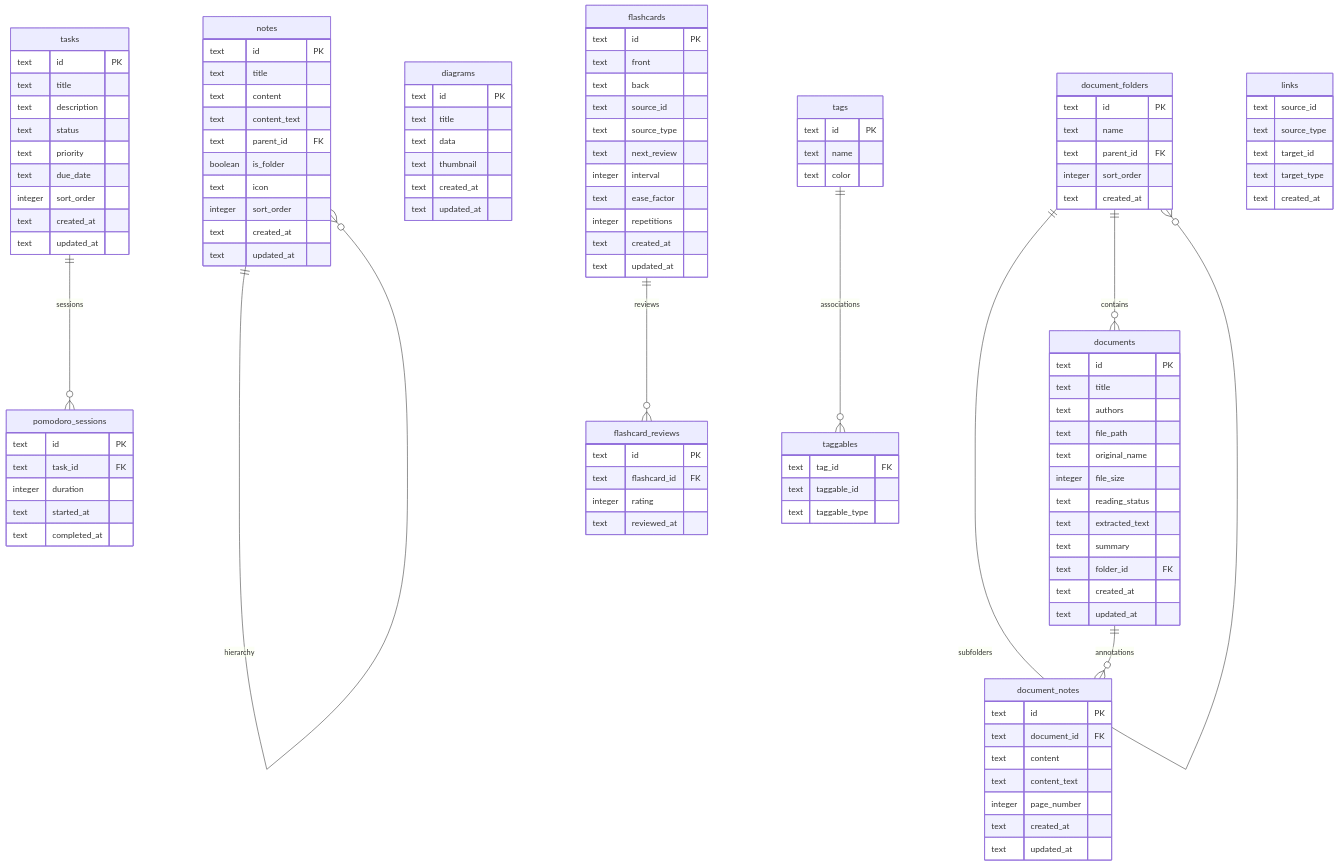
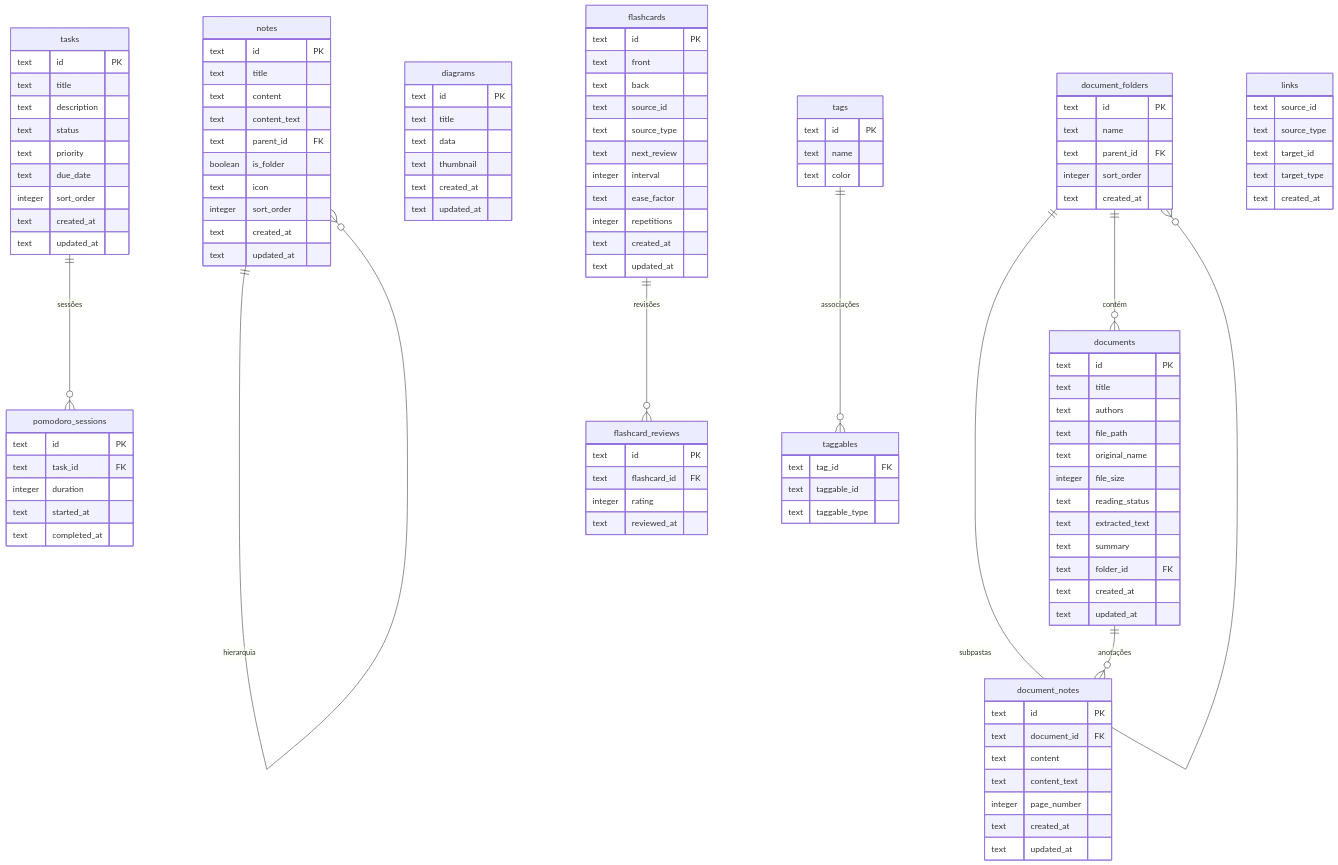
Before and after one commit to JoseJaan/Thoth: the third of 3 diagrams in README.md, drawn with Mermaid. The commit also changed other lines of this file, not shown here.

```diff
--- a/README.md
+++ b/README.md
@@ -225,7 +233,7 @@
         text created_at
         text updated_at
     }
-    notes ||--o{ notes : "hierarchy"
+    notes ||--o{ notes : "hierarquia"
 
     document_folders {
         text id PK
@@ -234,7 +242,7 @@
         integer sort_order
         text created_at
     }
-    document_folders ||--o{ document_folders : "subfolders"
+    document_folders ||--o{ document_folders : "subpastas"
 
     documents {
         text id PK
@@ -250,7 +258,7 @@
         text created_at
         text updated_at
     }
-    document_folders ||--o{ documents : "contains"
+    document_folders ||--o{ documents : "contém"
 
     document_notes {
         text id PK
@@ -261,7 +269,7 @@
         text created_at
         text updated_at
     }
-    documents ||--o{ document_notes : "annotations"
+    documents ||--o{ document_notes : "anotações"
 
     diagrams {
         text id PK
@@ -291,7 +299,7 @@
         text started_at
         text completed_at
     }
-    tasks ||--o{ pomodoro_sessions : "sessions"
+    tasks ||--o{ pomodoro_sessions : "sessões"
 
     flashcards {
         text id PK
@@ -313,7 +321,7 @@
         integer rating
         text reviewed_at
     }
-    flashcards ||--o{ flashcard_reviews : "reviews"
+    flashcards ||--o{ flashcard_reviews : "revisões"
 
     tags {
         text id PK
@@ -326,7 +334,7 @@
         text taggable_id
         text taggable_type
     }
-    tags ||--o{ taggables : "associations"
+    tags ||--o{ taggables : "associações"
 
     links {
         text source_id
```
